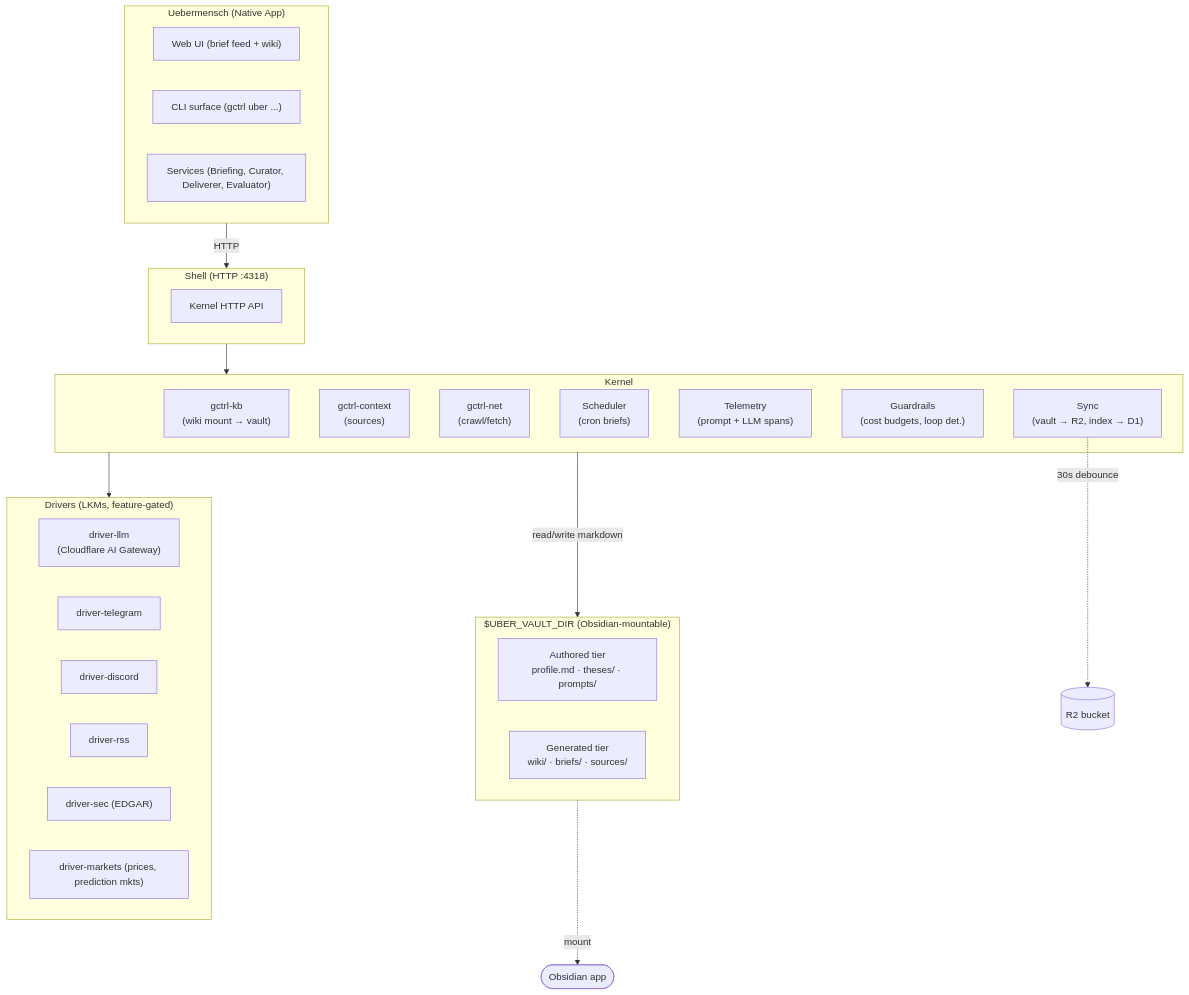
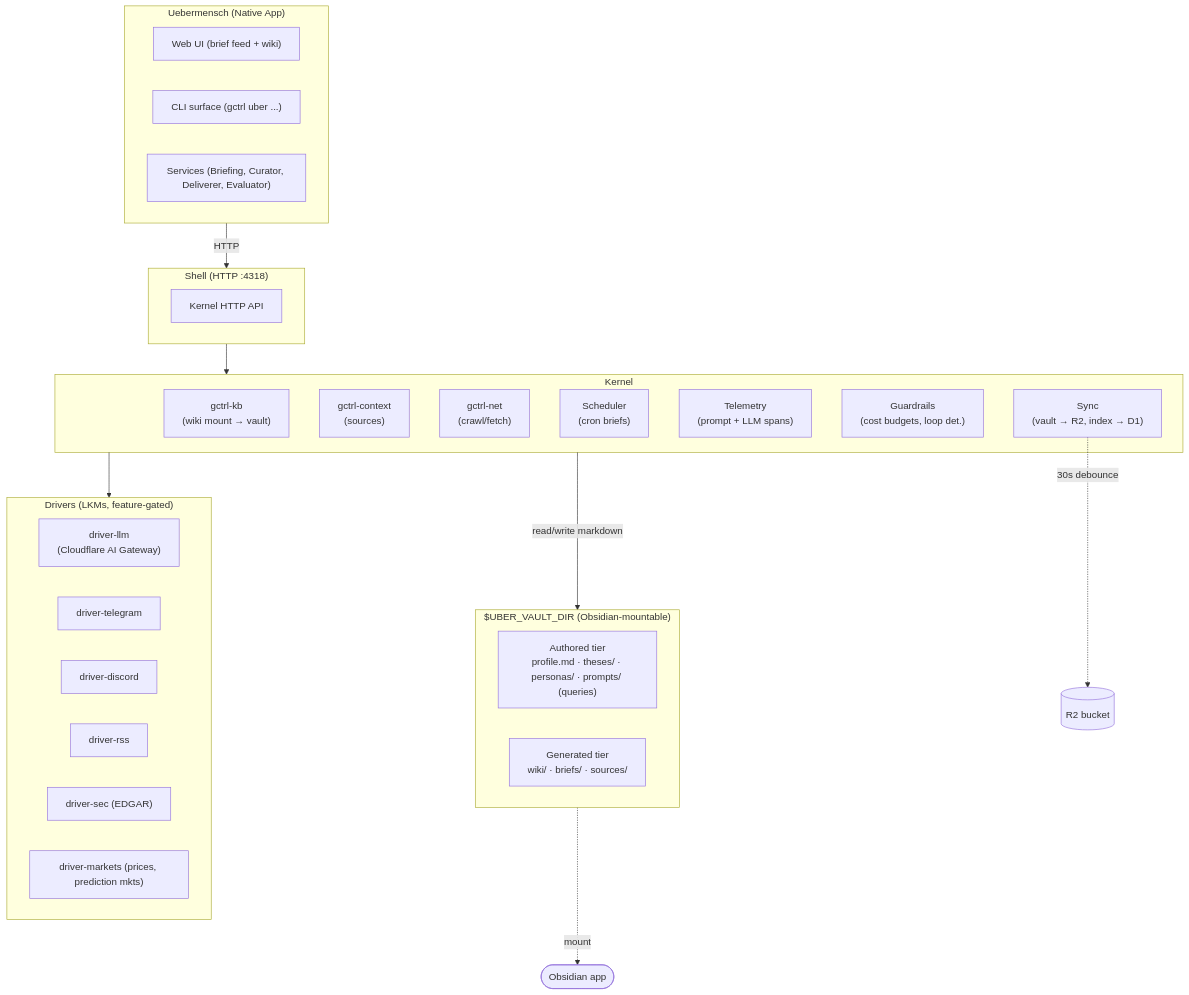
Before and after one commit to OpenHackersClub/gctrl: the diagram in apps/uebermensch/PRD.md, drawn with Mermaid. The commit also changed other lines of this file and 20 other files, not shown here.

First line of the commit message:
feat(uebermensch): process vault prompts/ folder as user research queries

````diff
--- a/apps/uebermensch/PRD.md
+++ b/apps/uebermensch/PRD.md
@@ -11,40 +11,40 @@
 ```mermaid
 flowchart TB
   subgraph App["Uebermensch (Native App)"]
     UI["Web UI (brief feed + wiki)"]
     CLI["CLI surface (gctrl uber ...)"]
     Svc["Services (Briefing, Curator, Deliverer, Evaluator)"]
   end
   subgraph Vault["$UBER_VAULT_DIR (Obsidian-mountable)"]
     direction LR
-    Authored["Authored tier\nprofile.md · theses/ · prompts/"]
+    Authored["Authored tier\nprofile.md · theses/ · personas/ · prompts/ (queries)"]
     Generated["Generated tier\nwiki/ · briefs/ · sources/"]
   end
   subgraph Shell["Shell (HTTP :4318)"]
     direction LR
     HTTP["Kernel HTTP API"]
   end
   subgraph Kernel["Kernel"]
     KB["gctrl-kb\n(wiki mount → vault)"]
     Ctx["gctrl-context\n(sources)"]
     Net["gctrl-net\n(crawl/fetch)"]
     Sched["Scheduler\n(cron briefs)"]
     OTel["Telemetry\n(prompt + LLM spans)"]
     Guard["Guardrails\n(cost budgets, loop det.)"]
     Sync["Sync\n(vault → R2, index → D1)"]
   end
   subgraph Drivers["Drivers (LKMs, feature-gated)"]
     Llm["driver-llm\n(Cloudflare AI Gateway)"]
     Tg["driver-telegram"]
     Dc["driver-discord"]
     Rss["driver-rss"]
     Sec["driver-sec (EDGAR)"]
     Mkt["driver-markets (prices, prediction mkts)"]
   end
   App -->|HTTP| Shell
   Shell --> Kernel
   Kernel -->|read/write markdown| Vault
   Kernel --> Drivers
   Sync -.->|30s debounce| R2[("R2 bucket")]
   Vault -.->|mount| Obsidian(["Obsidian app"])
 ```
````
